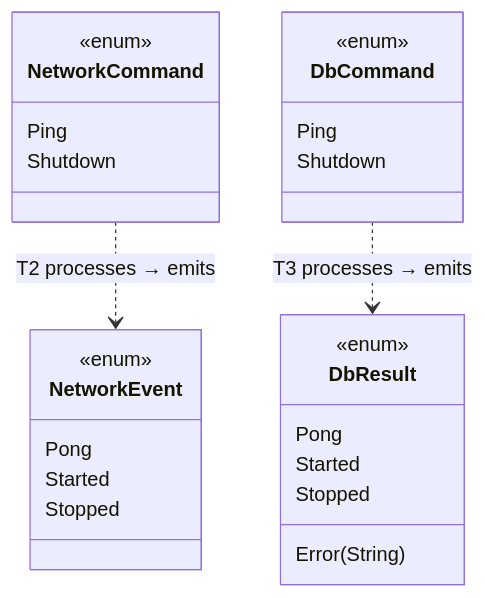
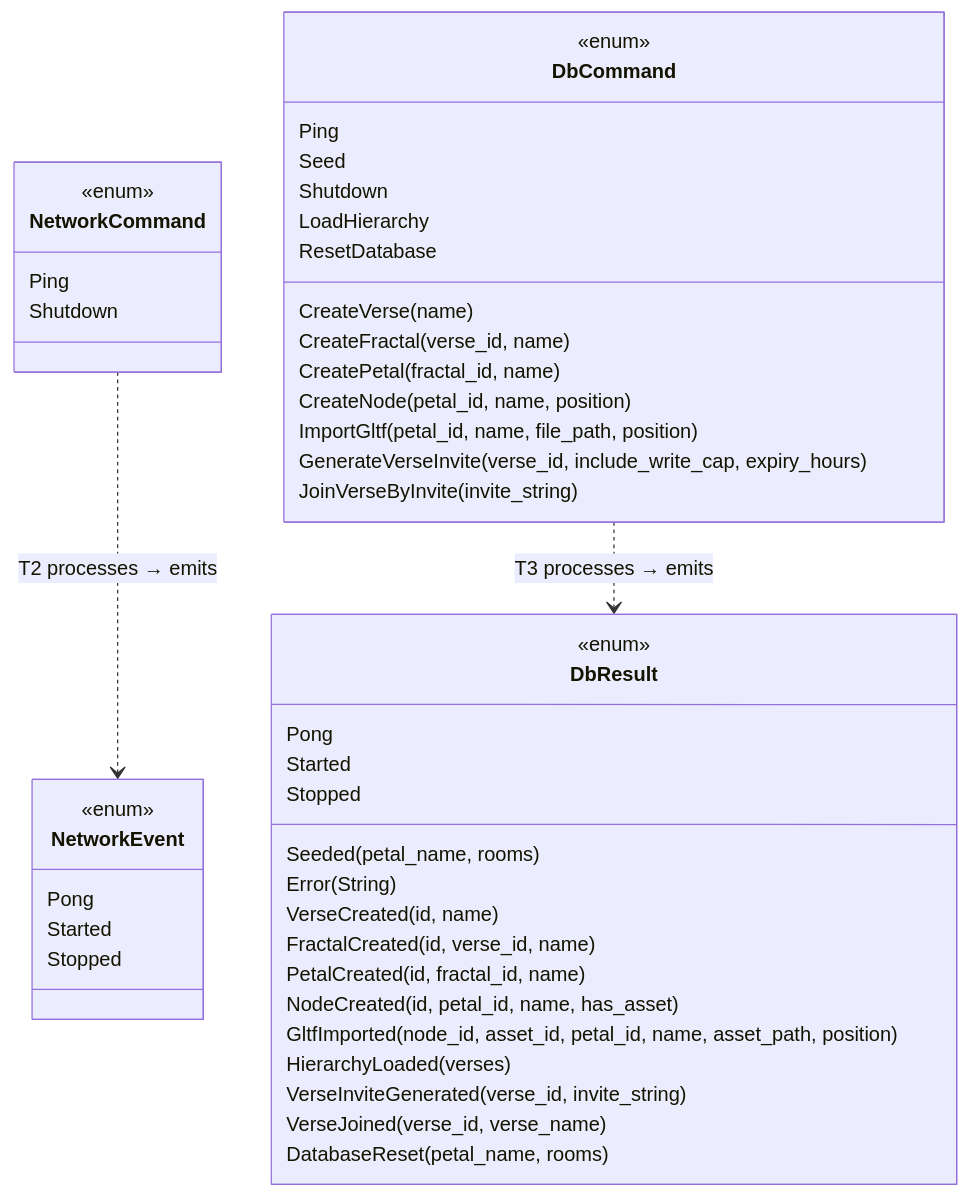
One commit to Escherbridge/fractalengine changed the second of 2 diagrams in docs/diagrams/03-channel-bridge.md. Above: the diagram before and after it, drawn with Mermaid. The commit also changed other lines of this file and 81 other files, not shown here.

````diff
--- a/docs/diagrams/03-channel-bridge.md
+++ b/docs/diagrams/03-channel-bridge.md
@@ -39,32 +39,52 @@
 ```mermaid
 classDiagram
     class NetworkCommand {
         <<enum>>
         Ping
         Shutdown
     }
 
     class NetworkEvent {
         <<enum>>
         Pong
         Started
         Stopped
     }
 
     class DbCommand {
         <<enum>>
         Ping
+        Seed
         Shutdown
+        CreateVerse(name)
+        CreateFractal(verse_id, name)
+        CreatePetal(fractal_id, name)
+        CreateNode(petal_id, name, position)
+        ImportGltf(petal_id, name, file_path, position)
+        LoadHierarchy
+        GenerateVerseInvite(verse_id, include_write_cap, expiry_hours)
+        JoinVerseByInvite(invite_string)
+        ResetDatabase
     }
 
     class DbResult {
         <<enum>>
         Pong
+        Seeded(petal_name, rooms)
         Started
         Stopped
         Error(String)
+        VerseCreated(id, name)
+        FractalCreated(id, verse_id, name)
+        PetalCreated(id, fractal_id, name)
+        NodeCreated(id, petal_id, name, has_asset)
+        GltfImported(node_id, asset_id, petal_id, name, asset_path, position)
+        HierarchyLoaded(verses)
+        VerseInviteGenerated(verse_id, invite_string)
+        VerseJoined(verse_id, verse_name)
+        DatabaseReset(petal_name, rooms)
     }
 
     NetworkCommand ..> NetworkEvent : T2 processes → emits
     DbCommand ..> DbResult : T3 processes → emits
 ```
````
